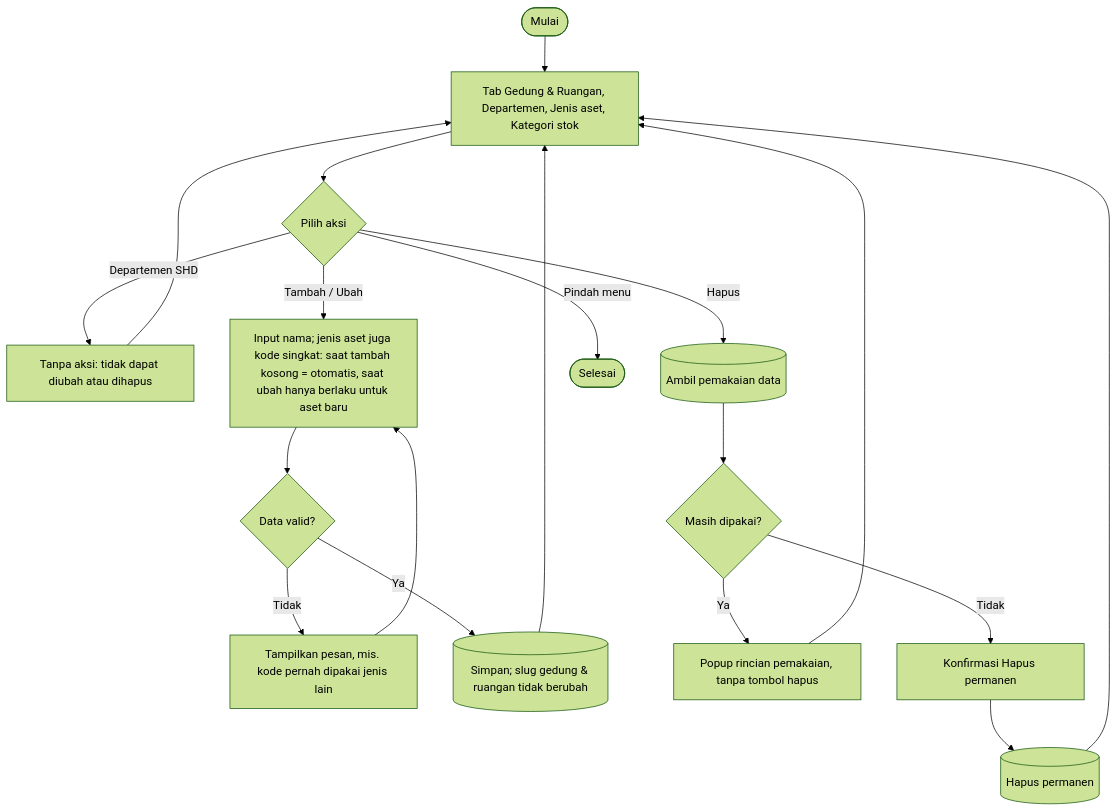
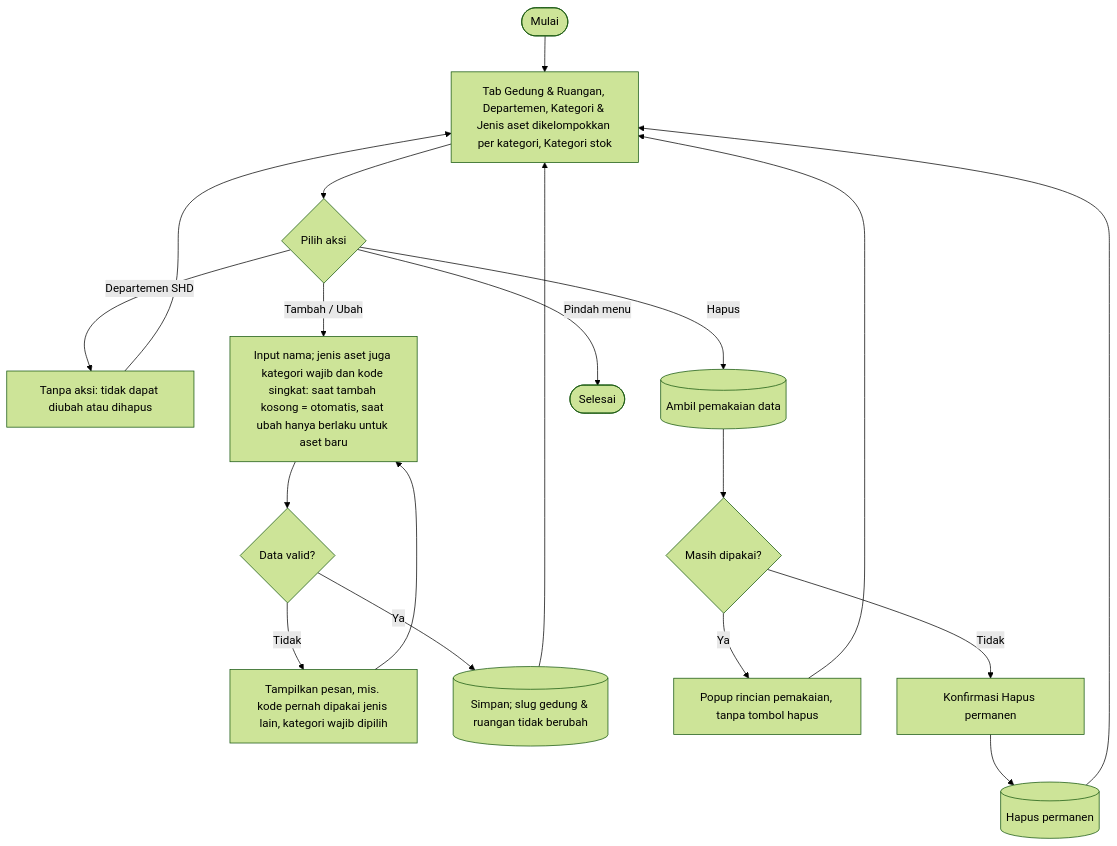
Before and after one commit to mrizqihidayat/system-tracking-asset: the ninth of 9 diagrams in docs/flowchart.md, drawn with Mermaid (forest theme). The commit also changed other lines of this file and 50 other files, not shown here.

First line of the commit message:
T26x: kategori aset kembali dan Daftar Aset sesuai mockup

````diff
--- a/docs/flowchart.md
+++ b/docs/flowchart.md
@@ -330,17 +330,17 @@
 ```mermaid
 flowchart TD
-    A([Mulai]) --> B[Tab Gedung & Ruangan, Departemen, Jenis aset, Kategori stok]
+    A([Mulai]) --> B[Tab Gedung & Ruangan, Departemen, Kategori & Jenis aset dikelompokkan per kategori, Kategori stok]
     B --> C{Pilih aksi}
 
     C -- Departemen SHD --> C1[Tanpa aksi: tidak dapat diubah atau dihapus] --> B
 
-    C -- Tambah / Ubah --> T1[Input nama; jenis aset juga kode singkat: saat tambah kosong = otomatis, saat ubah hanya berlaku untuk aset baru] --> T2{Data valid?}
-    T2 -- Tidak --> T3[Tampilkan pesan, mis. kode pernah dipakai jenis lain] --> T1
+    C -- Tambah / Ubah --> T1[Input nama; jenis aset juga kategori wajib dan kode singkat: saat tambah kosong = otomatis, saat ubah hanya berlaku untuk aset baru] --> T2{Data valid?}
+    T2 -- Tidak --> T3[Tampilkan pesan, mis. kode pernah dipakai jenis lain, kategori wajib dipilih] --> T1
     T2 -- Ya --> T4[(Simpan; slug gedung & ruangan tidak berubah)] --> B
 
     C -- Hapus --> H1[(Ambil pemakaian data)] --> H2{Masih dipakai?}
     H2 -- Ya --> H3[Popup rincian pemakaian, tanpa tombol hapus] --> B
     H2 -- Tidak --> H4[Konfirmasi Hapus permanen] --> H5[(Hapus permanen)] --> B
 
     C -- Pindah menu --> Z([Selesai])
 ```
````
